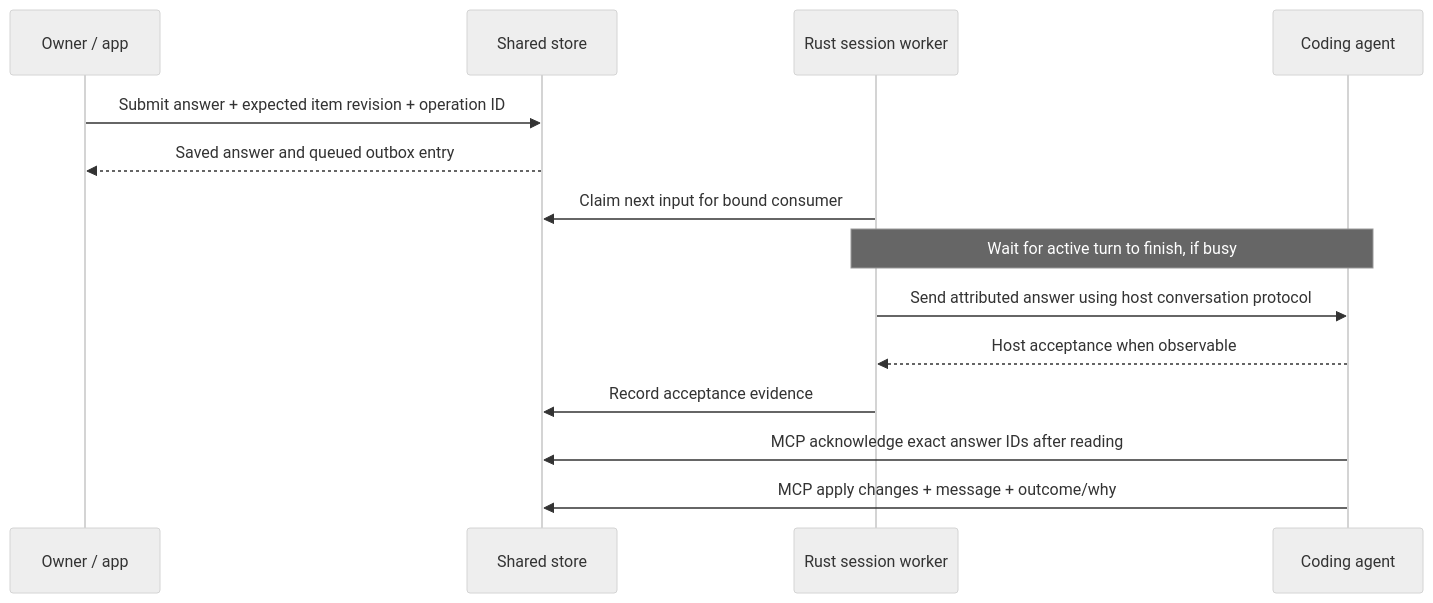
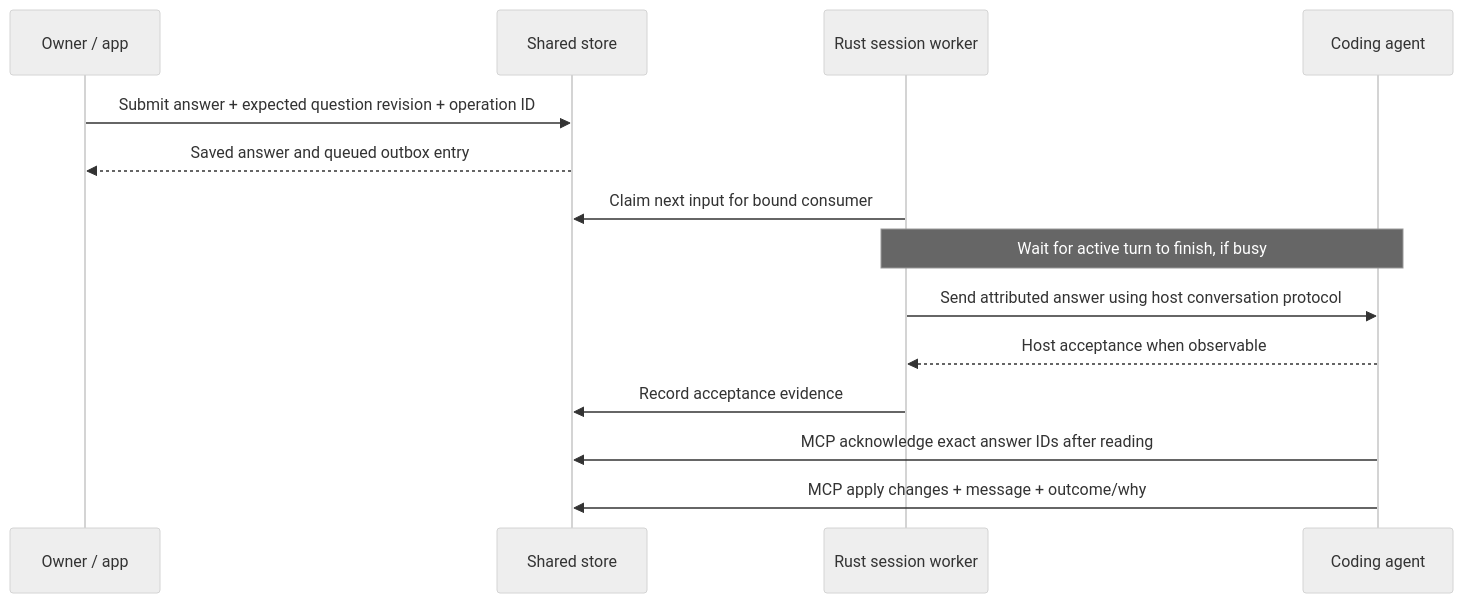
One commit to kartiksayani/ariadne changed the diagram in docs/planning/CONTRACTS.md. Above: the diagram before and after it, drawn with Mermaid (neutral theme). The commit also changed other lines of this file and 17 other files, not shown here.

````diff
--- a/docs/planning/CONTRACTS.md
+++ b/docs/planning/CONTRACTS.md
@@ -131,16 +131,16 @@
 ```mermaid
 sequenceDiagram
     participant U as Owner / app
     participant S as Shared store
     participant R as Rust session worker
     participant A as Coding agent
-    U->>S: Submit answer + expected item revision + operation ID
+    U->>S: Submit answer + expected question revision + operation ID
     S-->>U: Saved answer and queued outbox entry
     R->>S: Claim next input for bound consumer
     Note over R,A: Wait for active turn to finish, if busy
     R->>A: Send attributed answer using host conversation protocol
     A-->>R: Host acceptance when observable
     R->>S: Record acceptance evidence
     A->>S: MCP acknowledge exact answer IDs after reading
     A->>S: MCP apply changes + message + outcome/why
 ```
````
